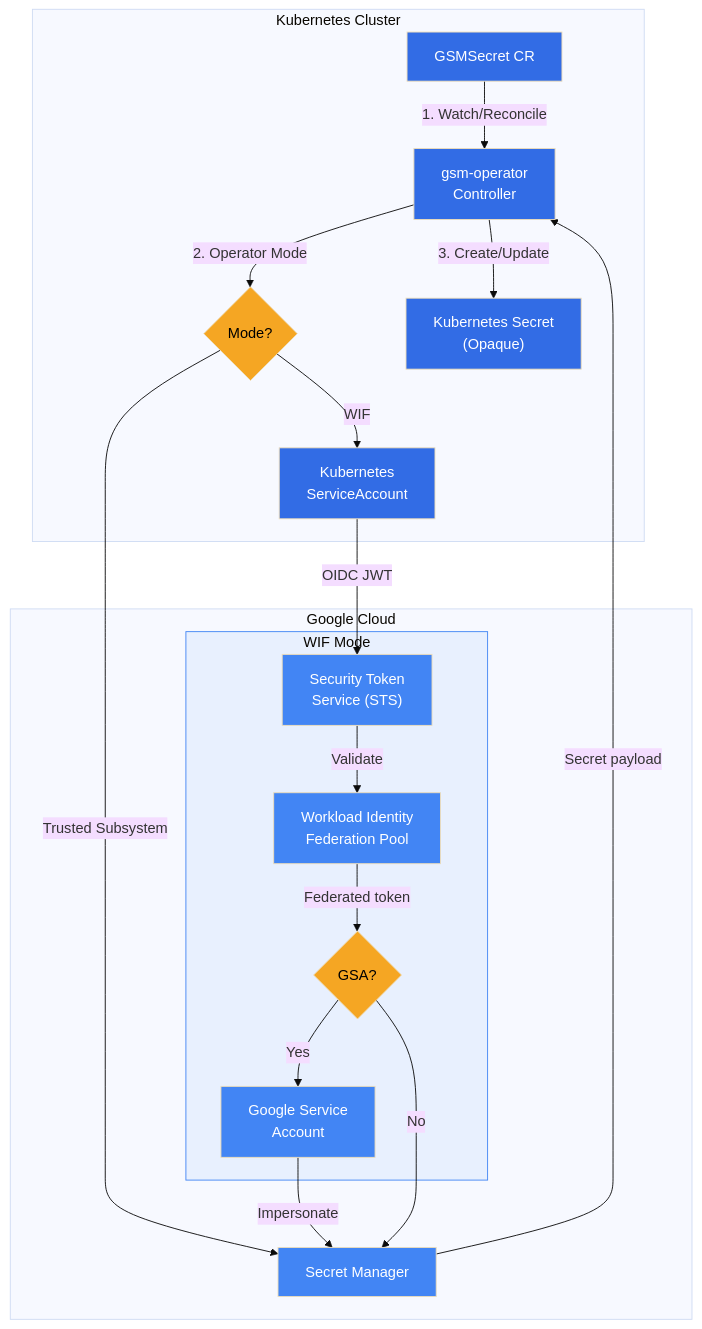
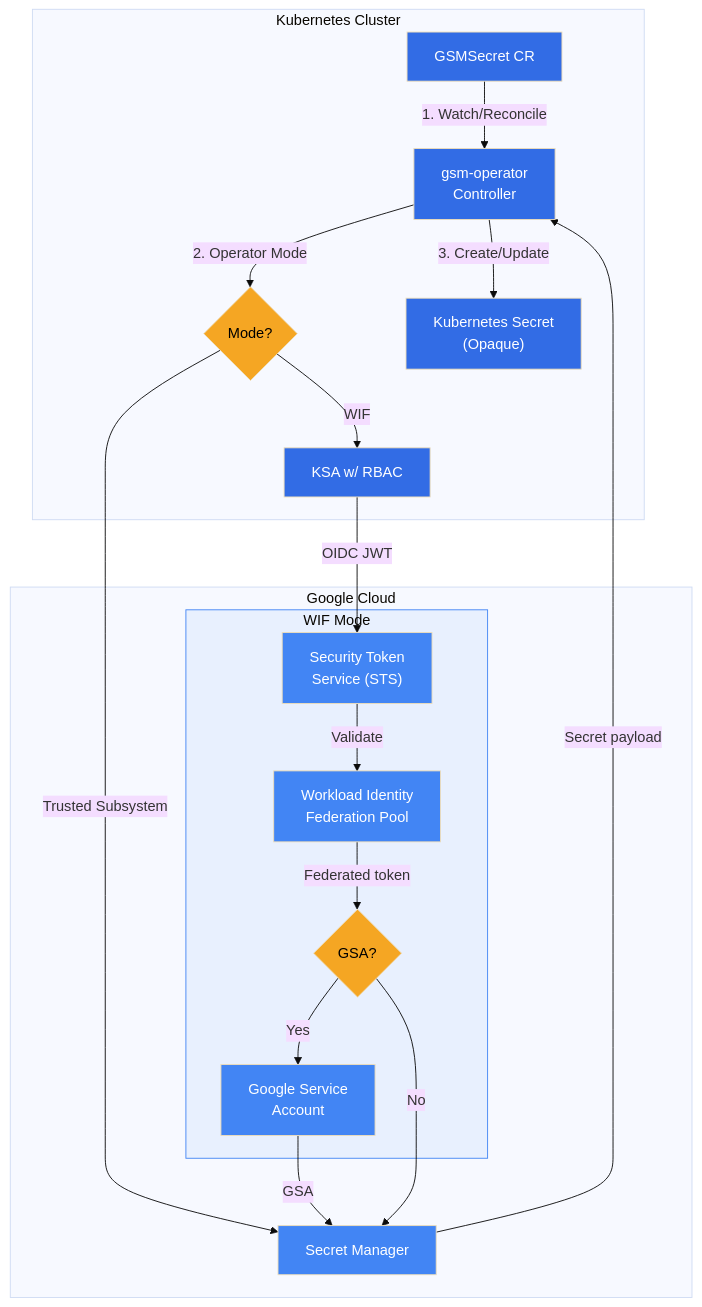
Before and after one commit to zeraholladay/gsm-operator: the diagram in README.md, drawn with Mermaid (base theme).

````diff
--- a/README.md
+++ b/README.md
@@ -42,51 +42,51 @@
 ```mermaid
 flowchart TB
     subgraph k8s["Kubernetes Cluster"]
         gsmsecret["GSMSecret CR"]
         controller["gsm-operator<br/>Controller"]
         mode{"Mode?"}
-        ksa["Kubernetes<br/>ServiceAccount"]
+        ksa["KSA w/ RBAC"]
         secret["Kubernetes Secret<br/>(Opaque)"]
     end
     
     subgraph gcp["Google Cloud"]
         subgraph wifflow["WIF Mode"]
             sts["Security Token<br/>Service (STS)"]
             wif["Workload Identity<br/>Federation Pool"]
             impersonate{"GSA?"}
             gsa["Google Service<br/>Account"]
         end
         gsm["Secret Manager"]
     end
     
     gsmsecret -->|"1. Watch/Reconcile"| controller
     controller -->|"2. Operator Mode"| mode
     
     %% Trusted Subsystem Mode (direct path via ADC)
     mode -->|"Trusted Subsystem"| gsm
     
     %% WIF Mode
     mode -->|"WIF"| ksa
     ksa -->|"OIDC JWT"| sts
     sts -->|"Validate"| wif
     wif -->|"Federated token"| impersonate
     impersonate -->|"Yes"| gsa
-    gsa -->|"Impersonate"| gsm
+    gsa -->|"GSA"| gsm
     impersonate -->|"No"| gsm
     
     %% Common return path
     gsm -->|"Secret payload"| controller
     controller -->|"3. Create/Update"| secret
 
     style gsmsecret fill:#326ce5,color:#fff
     style secret fill:#326ce5,color:#fff
     style controller fill:#326ce5,color:#fff
     style ksa fill:#326ce5,color:#fff
     style mode fill:#f5a623,color:#000
     style impersonate fill:#f5a623,color:#000
     style gsm fill:#4285f4,color:#fff
     style wif fill:#4285f4,color:#fff
     style sts fill:#4285f4,color:#fff
     style gsa fill:#4285f4,color:#fff
     style wifflow fill:#e8f0fe,stroke:#4285f4
 ```
````
